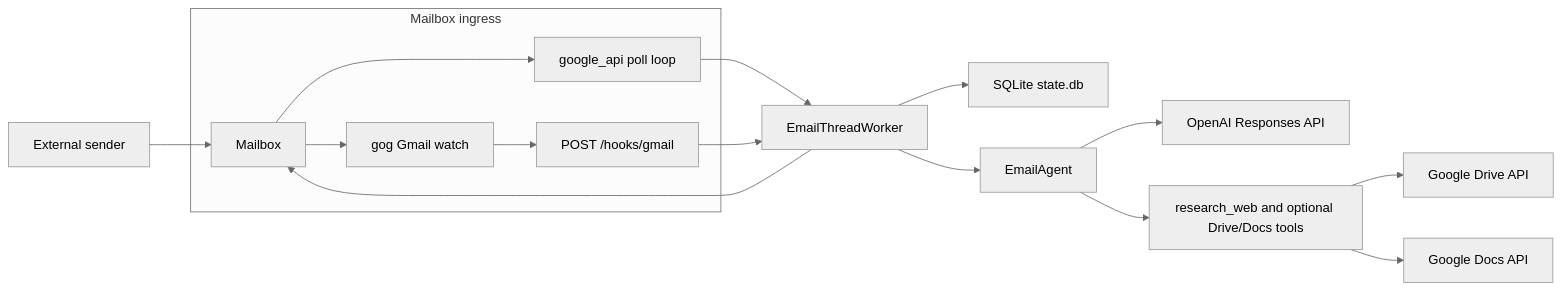
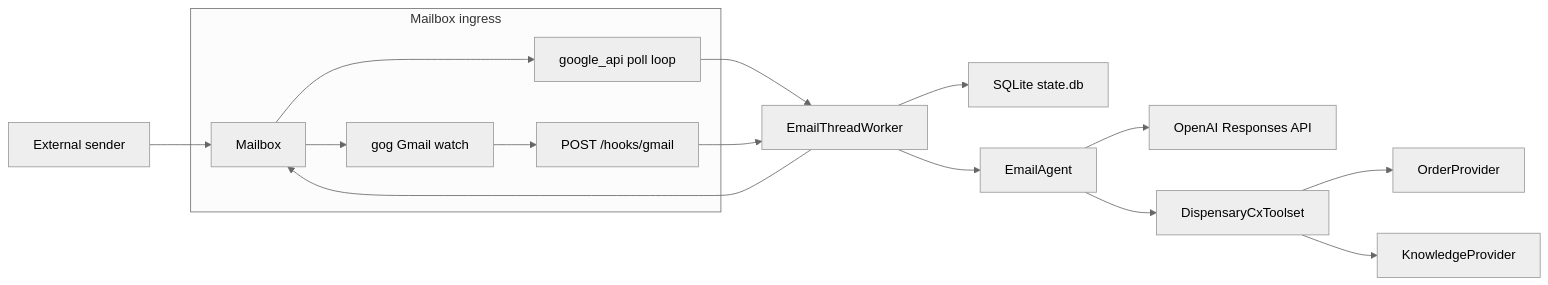
Before and after one commit to LunarMothStudios/Canna-Mailroom: the first of 2 diagrams in docs/architecture.md, drawn with Mermaid (neutral theme). The commit also changed other lines of this file and 36 other files, not shown here.

````diff
--- a/docs/architecture.md
+++ b/docs/architecture.md
@@ -20,20 +13,20 @@
 ```mermaid
 flowchart LR
     Sender["External sender"] --> Gmail["Mailbox"]
 
     subgraph Ingress["Mailbox ingress"]
         Gmail --> Poll["google_api poll loop"]
         Gmail --> Watch["gog Gmail watch"]
         Watch --> Hook["POST /hooks/gmail"]
     end
 
     Poll --> Worker["EmailThreadWorker"]
     Hook --> Worker
     Worker --> State["SQLite state.db"]
     Worker --> Agent["EmailAgent"]
     Agent --> OpenAI["OpenAI Responses API"]
-    Agent --> Tools["research_web and optional Drive/Docs tools"]
-    Tools --> Drive["Google Drive API"]
-    Tools --> Docs["Google Docs API"]
+    Agent --> Toolset["DispensaryCxToolset"]
+    Toolset --> Orders["OrderProvider"]
+    Toolset --> Knowledge["KnowledgeProvider"]
     Worker --> Gmail
 ```
````
